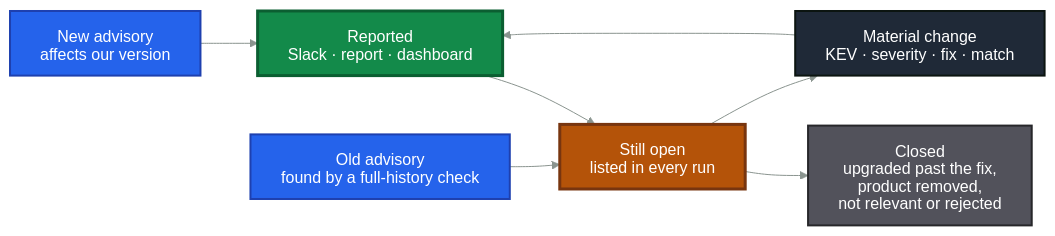
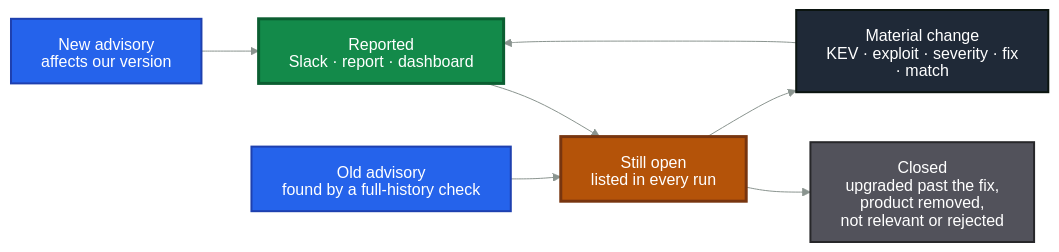
One commit to vasops/vulnwatch changed the second of 2 diagrams in docs/how-it-works.md. Above: the diagram before and after it, drawn with Mermaid. The commit also changed other lines of this file and 61 other files, not shown here.

````diff
--- a/docs/how-it-works.md
+++ b/docs/how-it-works.md
@@ -91,24 +109,24 @@
 ```mermaid
 %%{init: {"htmlLabels": false, "flowchart": {"htmlLabels": false}, "theme": "base", "themeVariables": {"lineColor": "#8A948F", "titleColor": "#FFFFFF", "primaryTextColor": "#FFFFFF", "textColor": "#7A8781"}}}%%
 flowchart LR
   newadv["New advisory<br/>affects our version"] --> reported["Reported<br/>Slack · report · dashboard"]
   oldadv["Old advisory<br/>found by a full-history check"] --> open
   reported --> open["Still open<br/>listed in every run"]
-  open --> change["Material change<br/>KEV · severity · fix · match"]
+  open --> change["Material change<br/>KEV · exploit · severity · fix · match"]
   change --> reported
   open --> closed["Closed<br/>upgraded past the fix,<br/>product removed,<br/>not relevant or rejected"]
 
   classDef input fill:#2563EB,stroke:#1E40AF,stroke-width:2px,color:#FFFFFF
   classDef source fill:#B45309,stroke:#78350F,stroke-width:2px,color:#FFFFFF
   classDef core fill:#138A4A,stroke:#0B5E31,stroke-width:3px,color:#FFFFFF,font-weight:bold
   classDef output fill:#15803D,stroke:#14532D,stroke-width:2px,color:#FFFFFF
   classDef support fill:#6D28D9,stroke:#4C1D95,stroke-width:2px,color:#FFFFFF
   classDef muted fill:#52525B,stroke:#27272A,stroke-width:2px,color:#FFFFFF
   classDef decision fill:#1F2937,stroke:#0B1410,stroke-width:2px,color:#FFFFFF
   classDef open fill:#B45309,stroke:#78350F,stroke-width:3px,color:#FFFFFF,font-weight:bold
   class newadv,oldadv input
   class reported core
   class open open
   class change decision
   class closed muted
 ```
````
